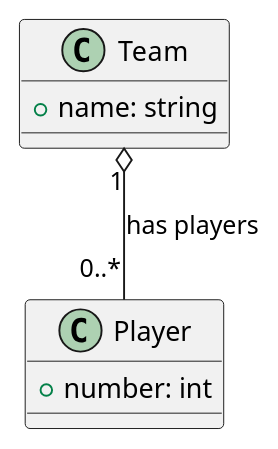
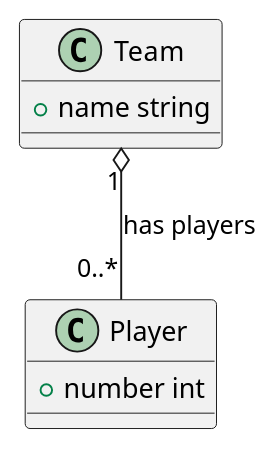
Before and after one commit to yur4uwe/puml-as-code: the diagram in input/aggr.puml, drawn with PlantUML. The commit also changed 74 other files, not shown here.

```diff
--- a/input/aggr.puml
+++ b/input/aggr.puml
@@ -1,12 +1,12 @@
 @startuml Aggregation
 
 class Team {
-  +name: string
+  +name string
 }
 class Player {
-  +number: int
+  +number int
 }
 
 Team "1" o-- "0..*" Player : has players
 
 @enduml
```
